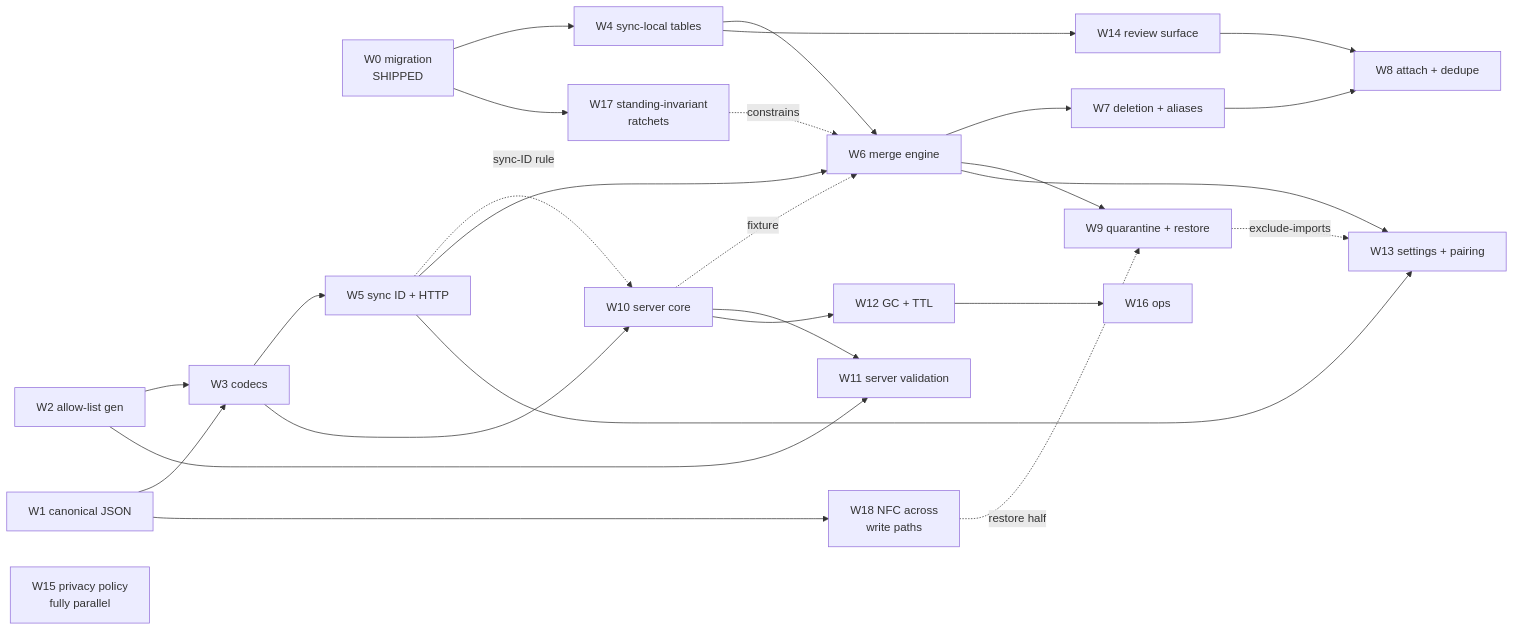
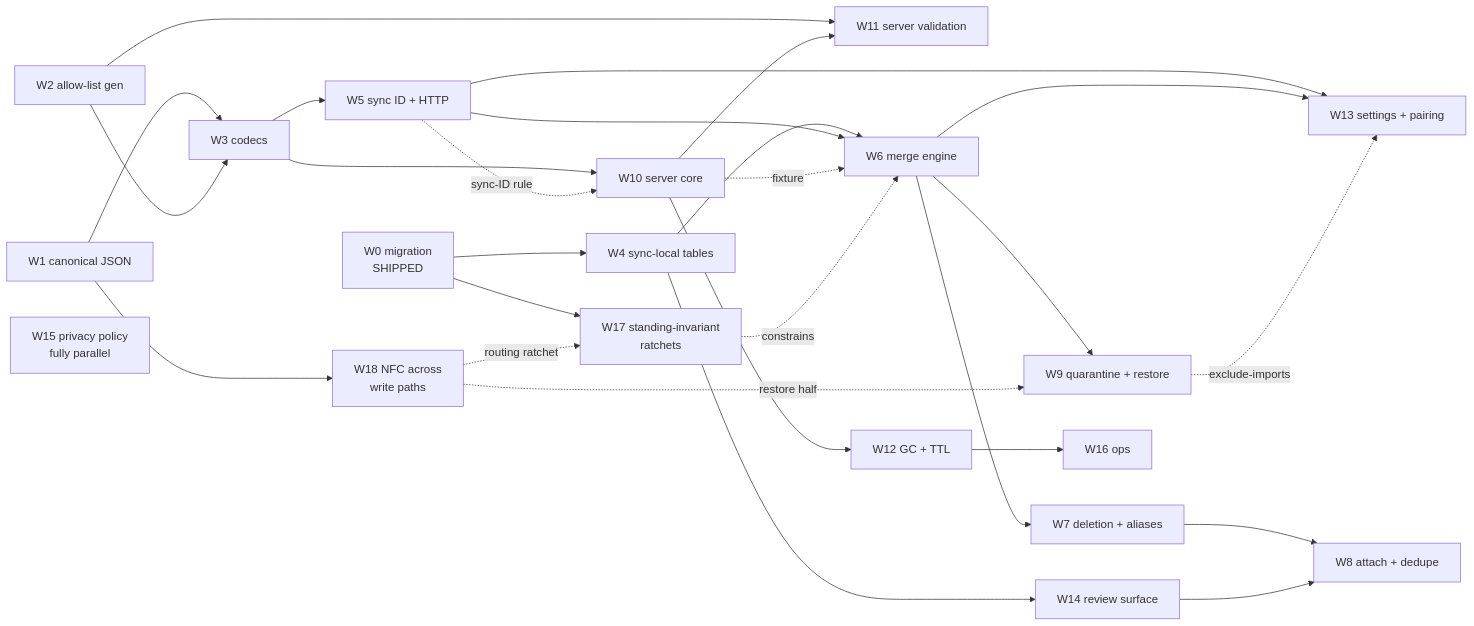
Before and after one commit to ibanner56/CallersCompendium: the diagram in docs/design/sync-implementation.md, drawn with Mermaid. The commit also changed other lines of this file and 3 other files, not shown here.

````diff
--- a/docs/design/sync-implementation.md
+++ b/docs/design/sync-implementation.md
@@ -1034,29 +1116,30 @@
 ```mermaid
 graph LR
   W0[W0 migration<br/>SHIPPED] --> W4[W4 sync-local tables]
   W1[W1 canonical JSON] --> W3[W3 codecs]
   W2[W2 allow-list gen] --> W3
   W2 --> W11[W11 server validation]
   W3 --> W5[W5 sync ID + HTTP]
   W3 --> W10[W10 server core]
   W5 -.sync-ID rule.-> W10
   W4 --> W6[W6 merge engine]
   W5 --> W6
   W10 -.fixture.-> W6
   W10 --> W11
   W10 --> W12[W12 GC + TTL]
   W6 --> W7[W7 deletion + aliases]
   W7 --> W8[W8 attach + dedupe]
   W6 --> W9[W9 quarantine + restore]
   W4 --> W14[W14 review surface]
   W14 --> W8
   W5 --> W13[W13 settings + pairing]
   W6 --> W13
   W9 -.exclude-imports.-> W13
   W12 --> W16[W16 ops]
   W15[W15 privacy policy<br/>fully parallel]
   W17[W17 standing-invariant<br/>ratchets] -.constrains.-> W6
   W0 --> W17
   W1 --> W18[W18 NFC across<br/>write paths]
   W18 -.restore half.-> W9
+  W18 -.routing ratchet.-> W17
 ```
````
